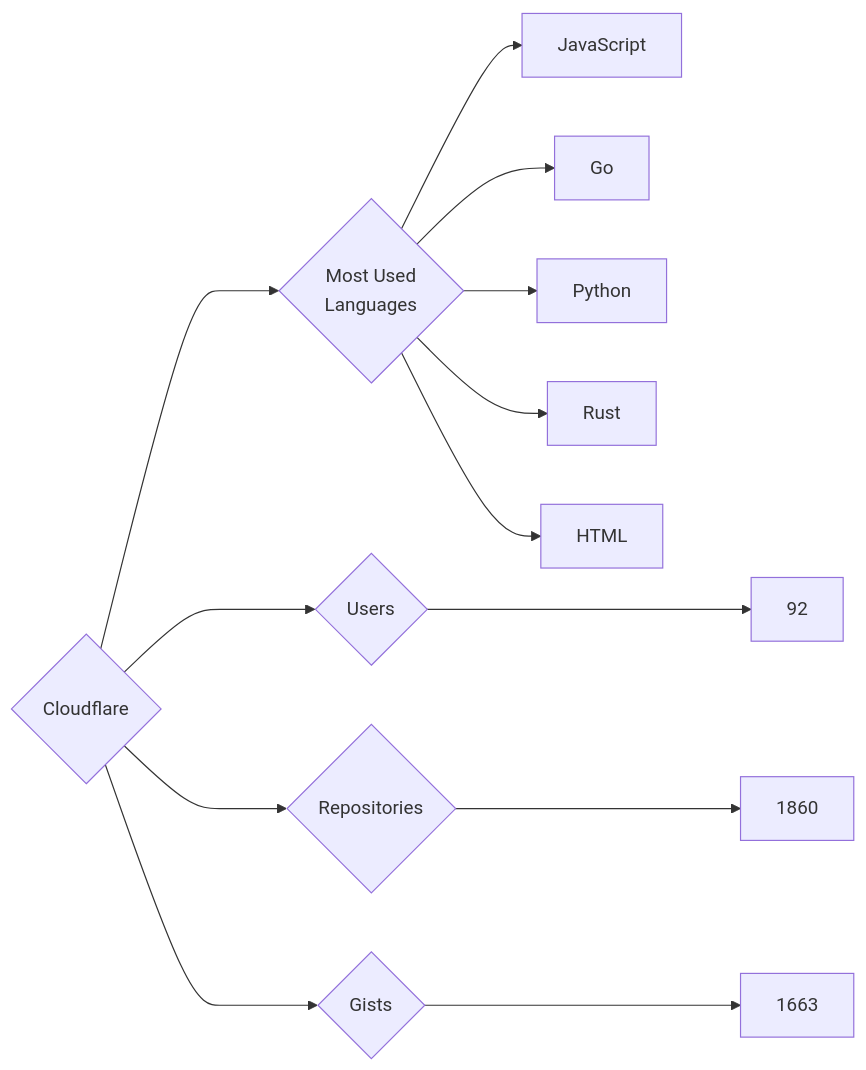
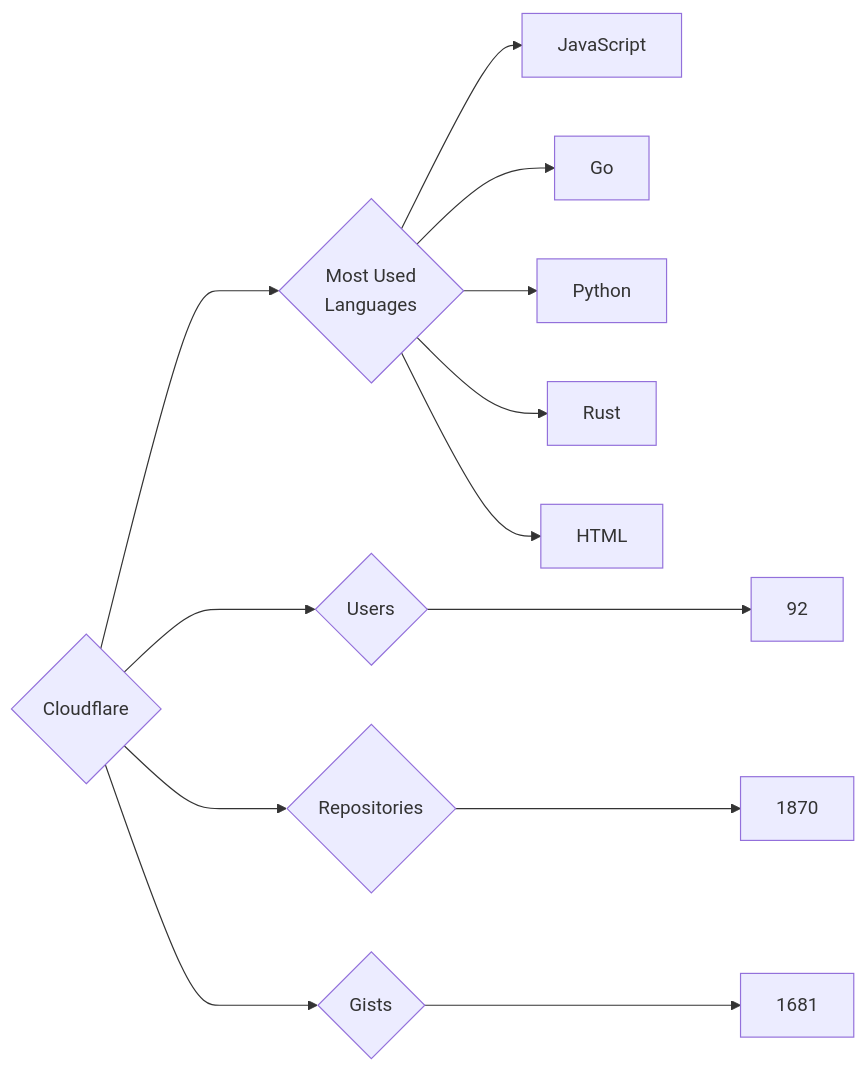
Before and after one commit to trickest/insiders: the diagram in targets/Cloudflare/README.md, drawn with Mermaid. The commit also changed 965 other files, not shown here.

````diff
--- a/targets/Cloudflare/README.md
+++ b/targets/Cloudflare/README.md
@@ -3,13 +3,13 @@
 ```mermaid
 graph LR
 COMPANY_NAME{Cloudflare}
 COMPANY_NAME ---> U{Users} ---> UN[92]
-COMPANY_NAME ---> R{Repositories} ---> RN[1860]
-COMPANY_NAME ---> G{Gists} ---> GN[1663]
+COMPANY_NAME ---> R{Repositories} ---> RN[1870]
+COMPANY_NAME ---> G{Gists} ---> GN[1681]
 COMPANY_NAME ---> ML{Most Used<br>Languages}
 ML --> JavaScript[JavaScript]
 ML --> Go[Go]
 ML --> Python[Python]
 ML --> Rust[Rust]
 ML --> HTML[HTML]
 ```
````
